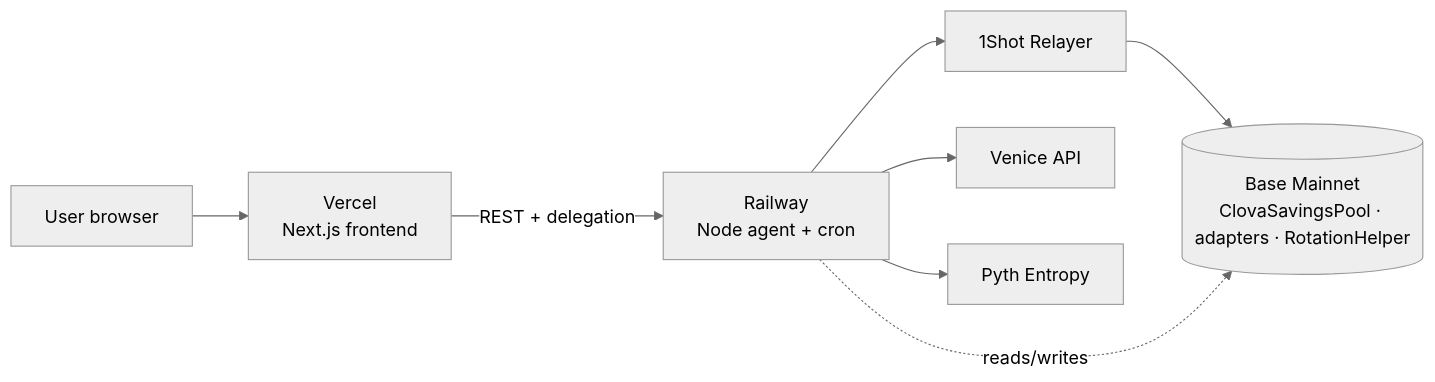
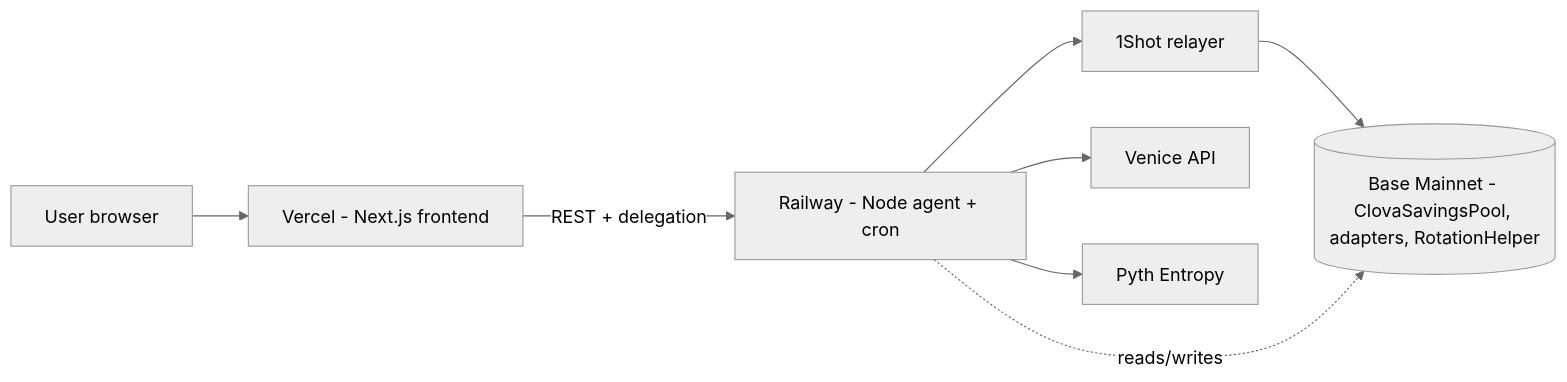
One commit to ClovaRepo/frontend changed the diagram in docs/deployment.md. Above: the diagram before and after it, drawn with Mermaid (neutral theme). The commit also changed 8 other files, not shown here.

First line of the commit message:
docs: harden mermaid for GitBook renderer

````diff
--- a/docs/deployment.md
+++ b/docs/deployment.md
@@ -5,10 +5,10 @@
 ```mermaid
 flowchart LR
-  U["User browser"] --> V["Vercel<br/>Next.js frontend"]
-  V -->|"REST + delegation"| R["Railway<br/>Node agent + cron"]
-  R --> ONE["1Shot Relayer"]
+  U["User browser"] --> V["Vercel - Next.js frontend"]
+  V -->|REST + delegation| R["Railway - Node agent + cron"]
+  R --> ONE["1Shot relayer"]
   R --> VE["Venice API"]
   R --> PY["Pyth Entropy"]
-  ONE --> B[("Base Mainnet<br/>ClovaSavingsPool · adapters · RotationHelper")]
-  R -. reads/writes .-> B
+  ONE --> B[("Base Mainnet - ClovaSavingsPool, adapters, RotationHelper")]
+  R -.->|reads/writes| B
 ```
````
